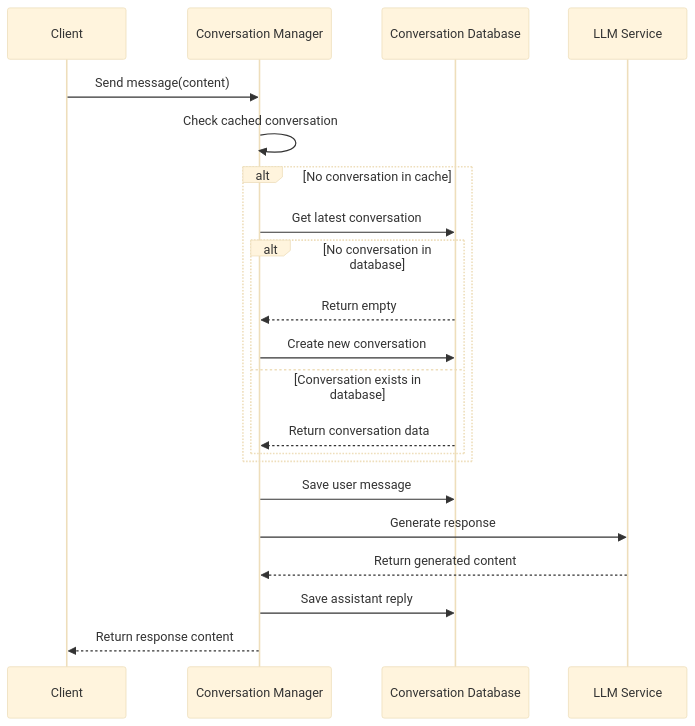
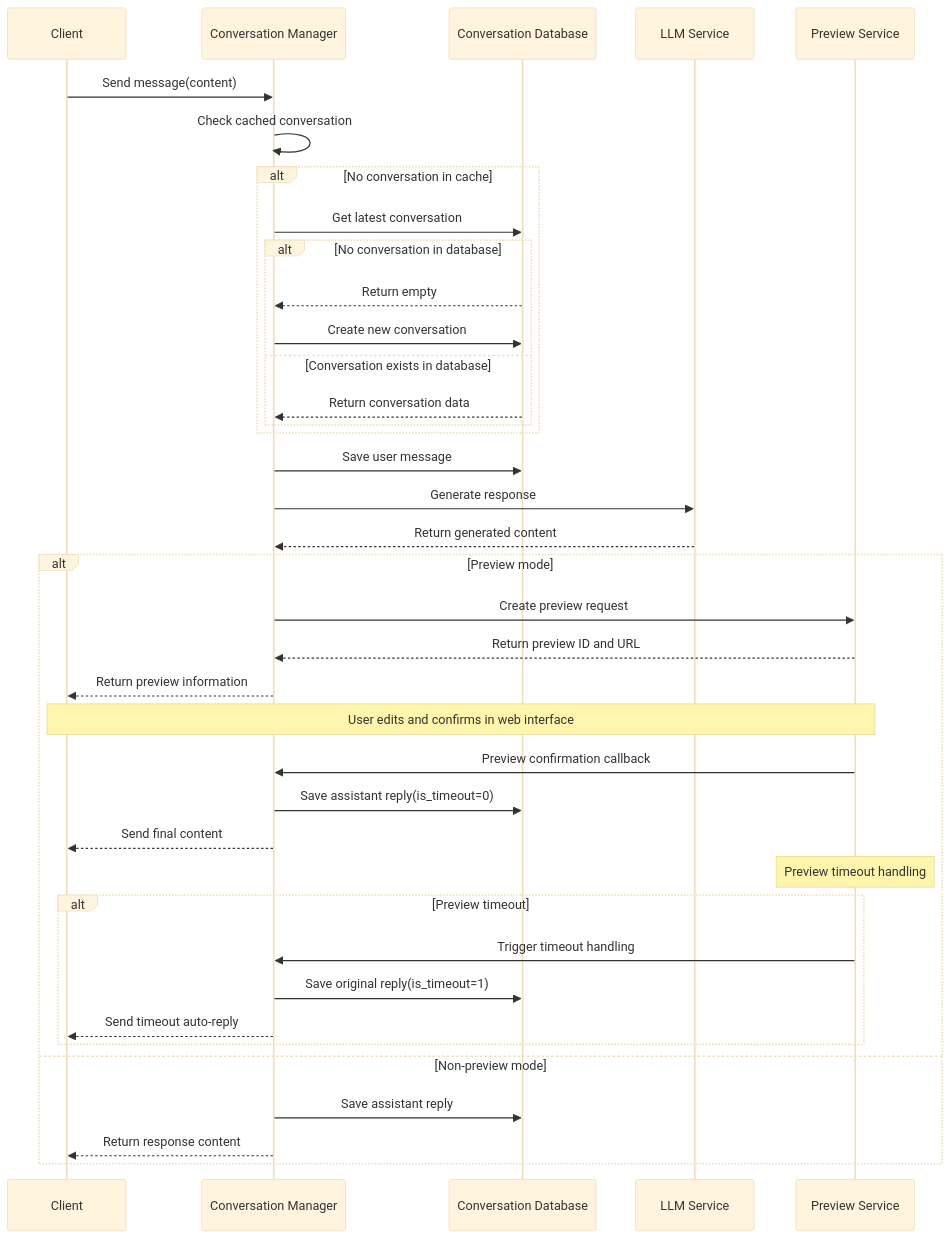
Before and after one commit to eogee/any4any: the first of 3 diagrams in docs/ConversationManagementSystemDocumentation.md, drawn with Mermaid (base theme). The commit also changed other lines of this file and 2 other files, not shown here.

````diff
--- a/docs/ConversationManagementSystemDocumentation.md
+++ b/docs/ConversationManagementSystemDocumentation.md
@@ -28,24 +28,44 @@
 ```mermaid
 sequenceDiagram
     participant Client as Client
     participant CM as Conversation Manager
     participant DB as Conversation Database
     participant LLM as LLM Service
+    participant PS as Preview Service
     
     Client->>CM: Send message(content)
     CM->>CM: Check cached conversation
     alt No conversation in cache
         CM->>DB: Get latest conversation
         alt No conversation in database
             DB-->>CM: Return empty
             CM->>DB: Create new conversation
         else Conversation exists in database
             DB-->>CM: Return conversation data
         end
     end
     CM->>DB: Save user message
     CM->>LLM: Generate response
     LLM-->>CM: Return generated content
-    CM->>DB: Save assistant reply
-    CM-->>Client: Return response content
+    
+    alt Preview mode
+        CM->>PS: Create preview request
+        PS-->>CM: Return preview ID and URL
+        CM-->>Client: Return preview information
+        
+        Note over Client,PS: User edits and confirms in web interface
+        PS->>CM: Preview confirmation callback
+        CM->>DB: Save assistant reply(is_timeout=0)
+        CM-->>Client: Send final content
+        
+        Note over PS: Preview timeout handling
+        alt Preview timeout
+            PS->>CM: Trigger timeout handling
+            CM->>DB: Save original reply(is_timeout=1)
+            CM-->>Client: Send timeout auto-reply
+        end
+    else Non-preview mode
+        CM->>DB: Save assistant reply
+        CM-->>Client: Return response content
+    end
 ```
````
